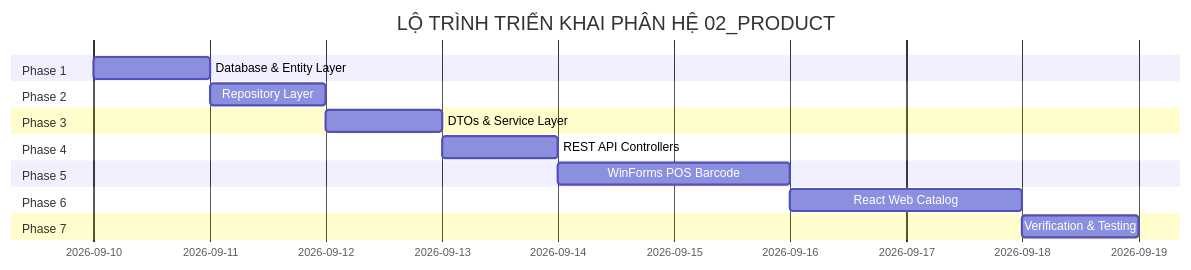
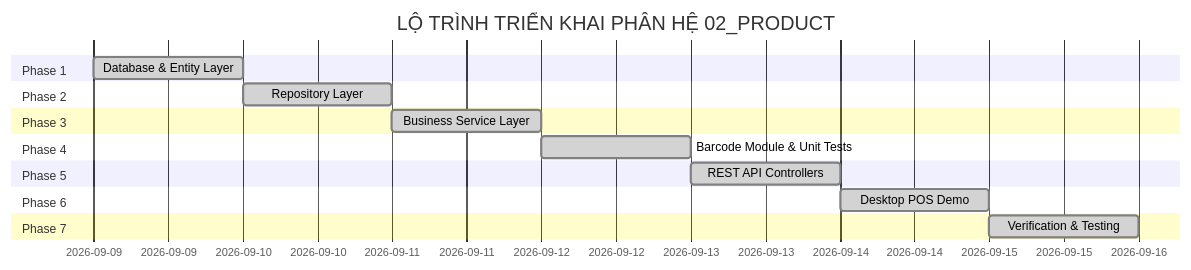
The diagram in docs/02_Product/Tasks.md (huykhang666/smart-supermarket), drawn with Mermaid before and after one commit. The commit also changed other lines of this file and 7 other files, not shown here.

````diff
--- a/docs/02_Product/Tasks.md
+++ b/docs/02_Product/Tasks.md
@@ -31,19 +31,19 @@
 ```mermaid
 gantt
     title LỘ TRÌNH TRIỂN KHAI PHÂN HỆ 02_PRODUCT
     dateFormat  YYYY-MM-DD
     section Phase 1
-    Database & Entity Layer            :p1, 2026-09-10, 1d
+    Database & Entity Layer            :done, p1, 2026-09-09, 1d
     section Phase 2
-    Repository Layer                   :p2, after p1, 1d
+    Repository Layer                   :done, p2, after p1, 1d
     section Phase 3
-    DTOs & Service Layer               :p3, after p2, 1d
+    Business Service Layer             :done, p3, after p2, 1d
     section Phase 4
-    REST API Controllers               :p4, after p3, 1d
+    Barcode Module & Unit Tests        :done, p4, after p3, 1d
     section Phase 5
-    WinForms POS Barcode               :p5, after p4, 2d
+    REST API Controllers               :done, p5, after p4, 1d
     section Phase 6
-    React Web Catalog                  :p6, after p5, 2d
+    Desktop POS Demo                   :done, p6, after p5, 1d
     section Phase 7
-    Verification & Testing             :p7, after p6, 1d
+    Verification & Testing             :done, p7, after p6, 1d
 ```
````
